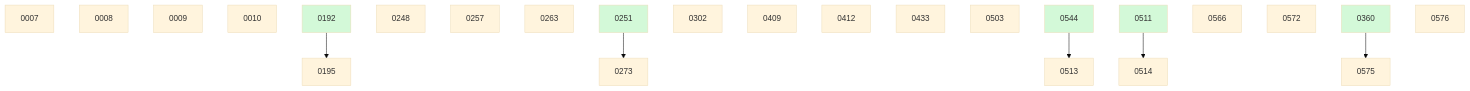
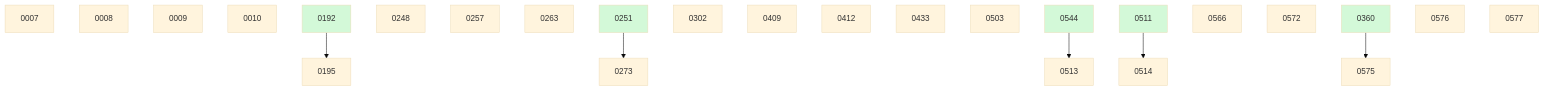
Before and after one commit to danielhanold/docket: the diagram in docs/changes/BOARD.md, drawn with Mermaid (base theme). The commit also changed other lines of this file and 1 other file, not shown here.

````diff
--- a/docs/changes/BOARD.md
+++ b/docs/changes/BOARD.md
@@ -40,29 +41,30 @@
 ```mermaid
 graph TD
   0007
   0008
   0009
   0010
   0192 --> 0195
   0248
   0257
   0263
   0251 --> 0273
   0302
   0409
   0412
   0433
   0503
   0544 --> 0513
   0511 --> 0514
   0566
   0572
   0360 --> 0575
   0576
+  0577
   0192:::done
   0251:::done
   0360:::done
   0511:::done
   0544:::done
   classDef done fill:#d3f9d8;
 ```
````
